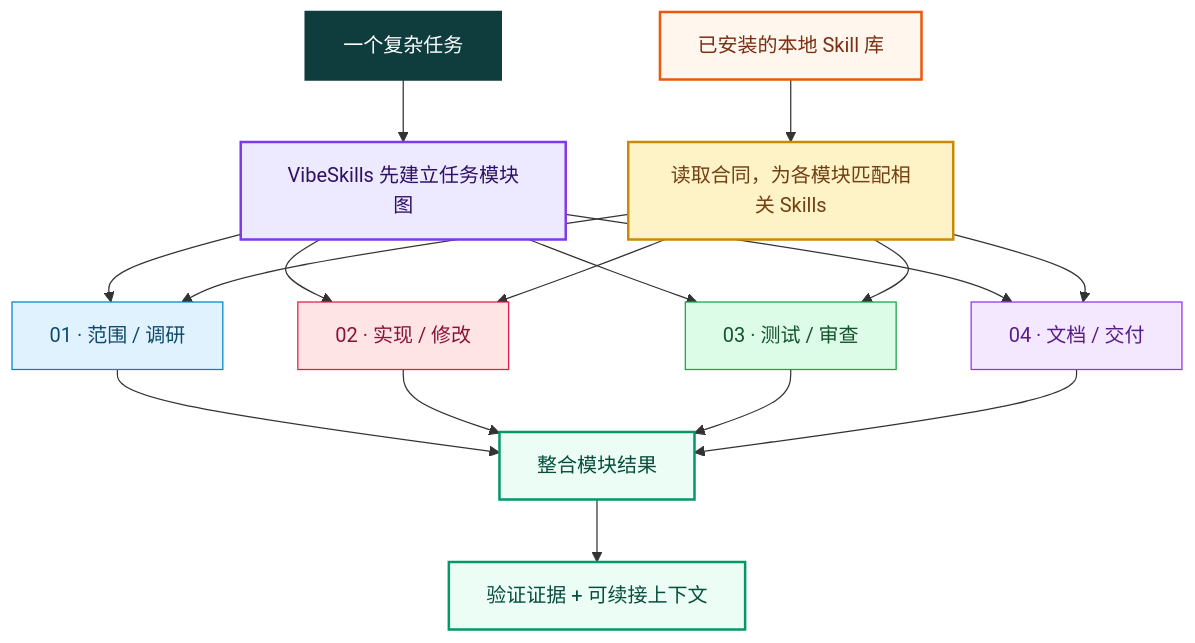
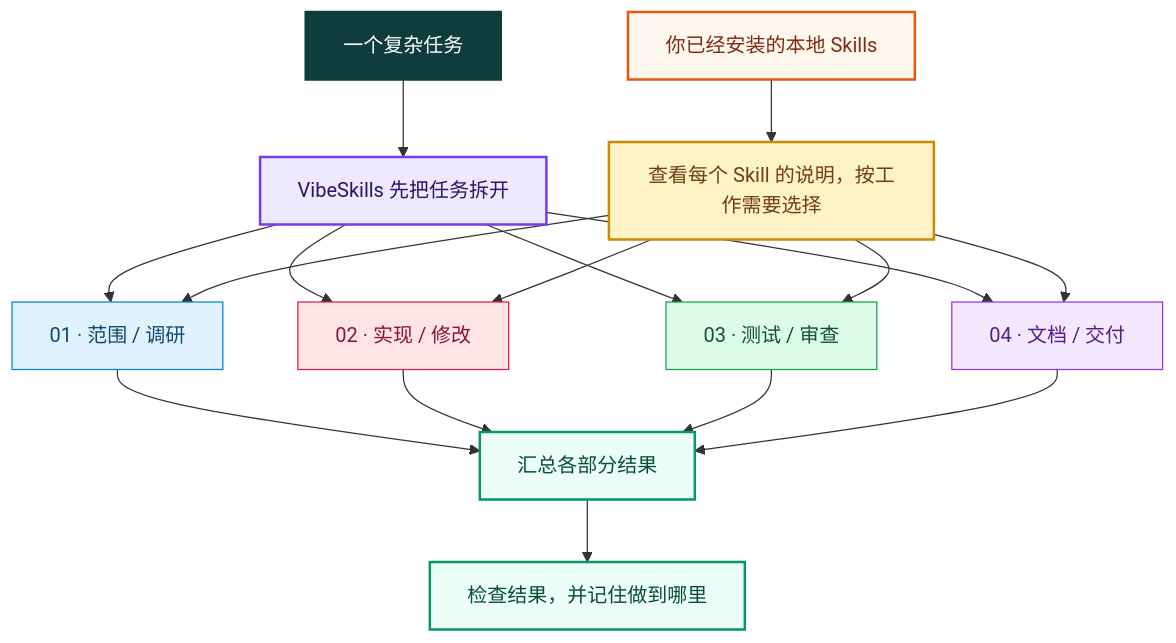
Before and after one commit to hallfay0/Vibe-Skills: the diagram in README.zh.md, drawn with Mermaid. The commit also changed other lines of this file and 4 other files, not shown here.

````diff
--- a/README.zh.md
+++ b/README.zh.md
@@ -72,40 +71,40 @@
 ```mermaid
 flowchart TB
-    task["一个复杂任务"] --> map["VibeSkills 先建立任务模块图"]
+    task["一个复杂任务"] --> map["VibeSkills 先把任务拆开"]
     map --> m1["01 · 范围 / 调研"]
     map --> m2["02 · 实现 / 修改"]
     map --> m3["03 · 测试 / 审查"]
     map --> m4["04 · 文档 / 交付"]
 
-    pool["已安装的本地 Skill 库"] --> match["读取合同，为各模块匹配相关 Skills"]
+    pool["你已经安装的本地 Skills"] --> match["查看每个 Skill 的说明，按工作需要选择"]
     match --> m1
     match --> m2
     match --> m3
     match --> m4
 
-    m1 --> integrate["整合模块结果"]
+    m1 --> integrate["汇总各部分结果"]
     m2 --> integrate
     m3 --> integrate
     m4 --> integrate
-    integrate --> proof["验证证据 + 可续接上下文"]
+    integrate --> proof["检查结果，并记住做到哪里"]
 
     classDef task fill:#0F3D3E,stroke:#0F3D3E,color:#FFFFFF,stroke-width:2px
     classDef map fill:#EDE9FE,stroke:#7C3AED,color:#2E1065,stroke-width:2px
     classDef pool fill:#FFF7ED,stroke:#EA580C,color:#7C2D12,stroke-width:2px
     classDef match fill:#FEF3C7,stroke:#CA8A04,color:#713F12,stroke-width:2px
     classDef blue fill:#E0F2FE,stroke:#0284C7,color:#0C4A6E
     classDef coral fill:#FFE4E6,stroke:#E11D48,color:#881337
     classDef green fill:#DCFCE7,stroke:#16A34A,color:#14532D
     classDef violet fill:#F3E8FF,stroke:#9333EA,color:#581C87
     classDef finish fill:#ECFDF5,stroke:#059669,color:#064E3B,stroke-width:2px
 
     class task task
     class map map
     class pool pool
     class match match
     class m1 blue
     class m2 coral
     class m3 green
     class m4 violet
     class integrate,proof finish
 ```
````
